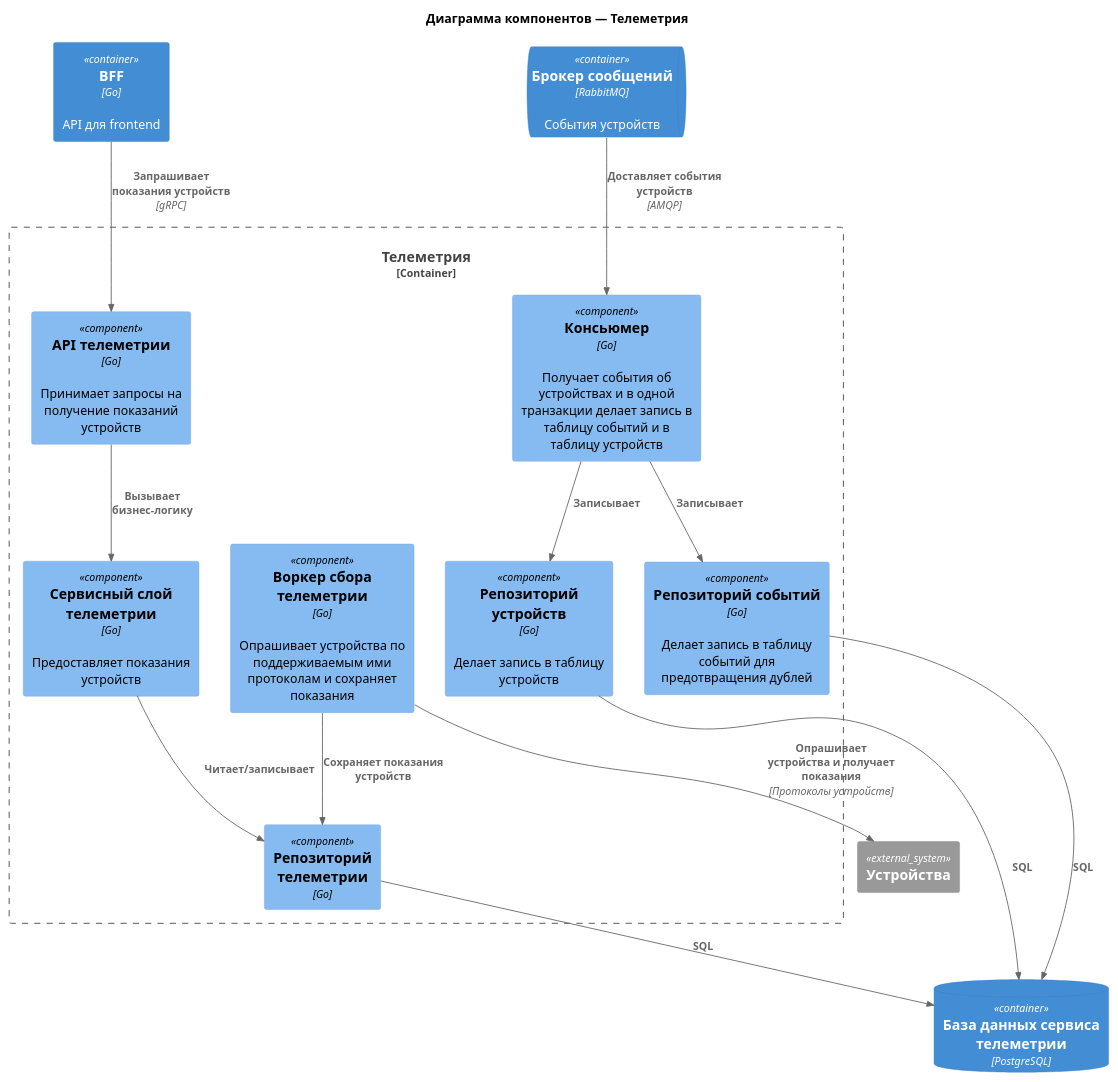
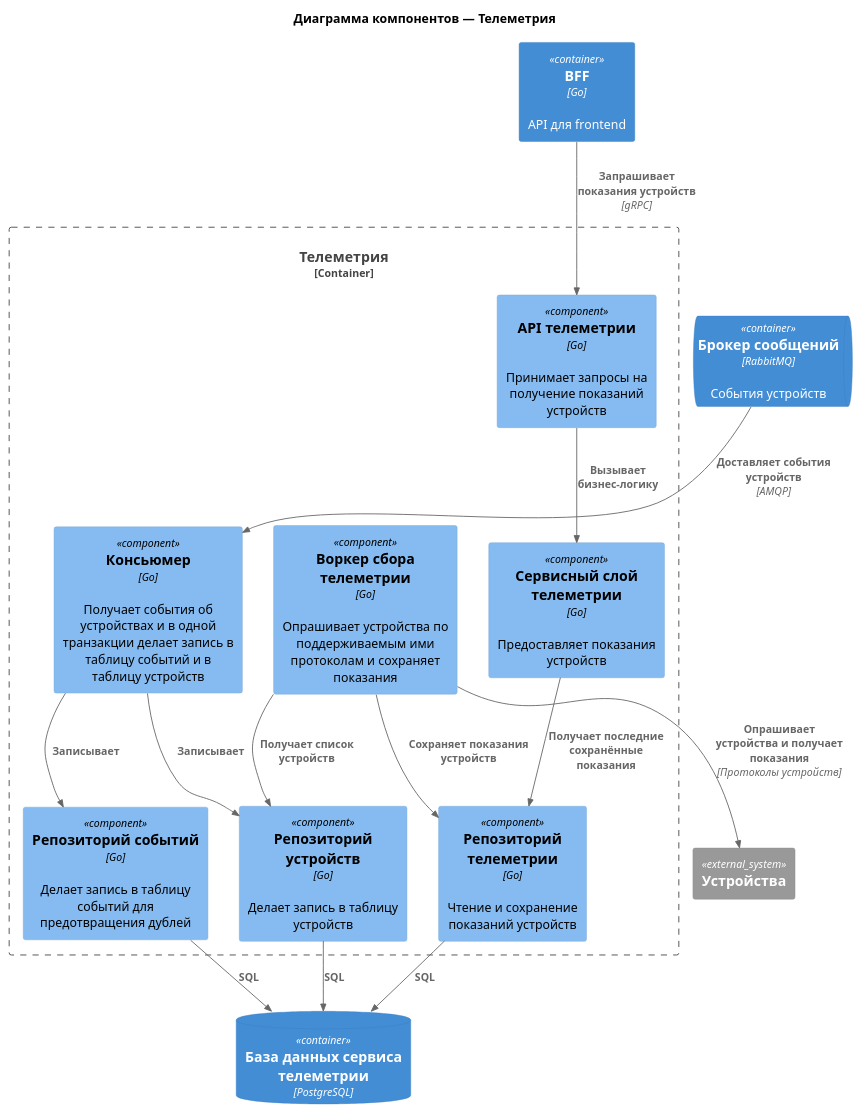
The diagram in schemas/2/components-telemetry.puml (NikolosHGW/architecture-pro-warmhouse), drawn with PlantUML before and after one commit.

Commit message:
Задание 2: Диаграмма компонентов - Мониторинг устройств update

```diff
--- a/schemas/2/components-telemetry.puml
+++ b/schemas/2/components-telemetry.puml
@@ -1,39 +1,40 @@
 @startuml
 !include <C4/C4_Component>
 
 title Диаграмма компонентов — Телеметрия
 
 Container(bff, "BFF", "Go", "API для frontend")
 ContainerDb(db, "База данных сервиса телеметрии", "PostgreSQL")
 ContainerQueue(rabbit, "Брокер сообщений", "RabbitMQ", "События устройств")
 System_Ext(user_devices, "Устройства")
 
 Container_Boundary(telemetry, "Телеметрия") {
     Component(consumer, "Консьюмер", "Go", "Получает события об устройствах и в одной транзакции делает запись в таблицу событий и в таблицу устройств")
     
     Component(devices_repo, "Репозиторий устройств", "Go", "Делает запись в таблицу устройств")
     
     Component(events_repo, "Репозиторий событий", "Go", "Делает запись в таблицу событий для предотвращения дублей")
     
     Component(worker, "Воркер сбора телеметрии", "Go", "Опрашивает устройства по поддерживаемым ими протоколам и сохраняет показания")
 
     Component(telemetry_handler, "API телеметрии", "Go", "Принимает запросы на получение показаний устройств")
 
     Component(telemetry_service, "Сервисный слой телеметрии", "Go", "Предоставляет показания устройств")
     
-    Component(telemetry_repo, "Репозиторий телеметрии", "Go")
+    Component(telemetry_repo, "Репозиторий телеметрии", "Go", "Чтение и сохранение показаний устройств")
 }
 
 Rel(rabbit, consumer, "Доставляет события устройств", "AMQP")
 Rel(consumer, devices_repo, "Записывает")
 Rel(consumer, events_repo, "Записывает")
 Rel(devices_repo, db, "SQL")
 Rel(events_repo, db, "SQL")
+Rel(worker, devices_repo, "Получает список устройств")
 Rel(worker, user_devices, "Опрашивает устройства и получает показания", "Протоколы устройств")
 Rel(worker, telemetry_repo, "Сохраняет показания устройств")
 Rel(telemetry_repo, db, "SQL")
 Rel(bff, telemetry_handler, "Запрашивает показания устройств", "gRPC")
 Rel(telemetry_handler, telemetry_service, "Вызывает бизнес-логику")
-Rel(telemetry_service, telemetry_repo, "Читает/записывает")
+Rel(telemetry_service, telemetry_repo, "Получает последние сохранённые показания")
 
 @enduml
```
